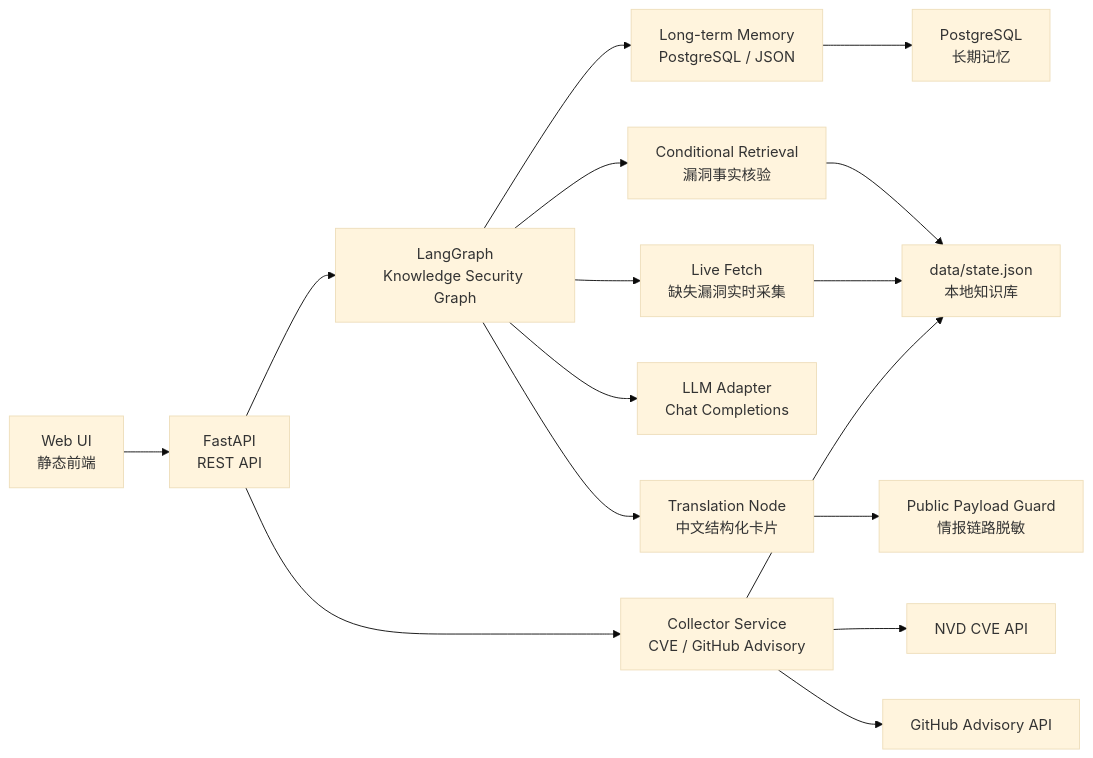
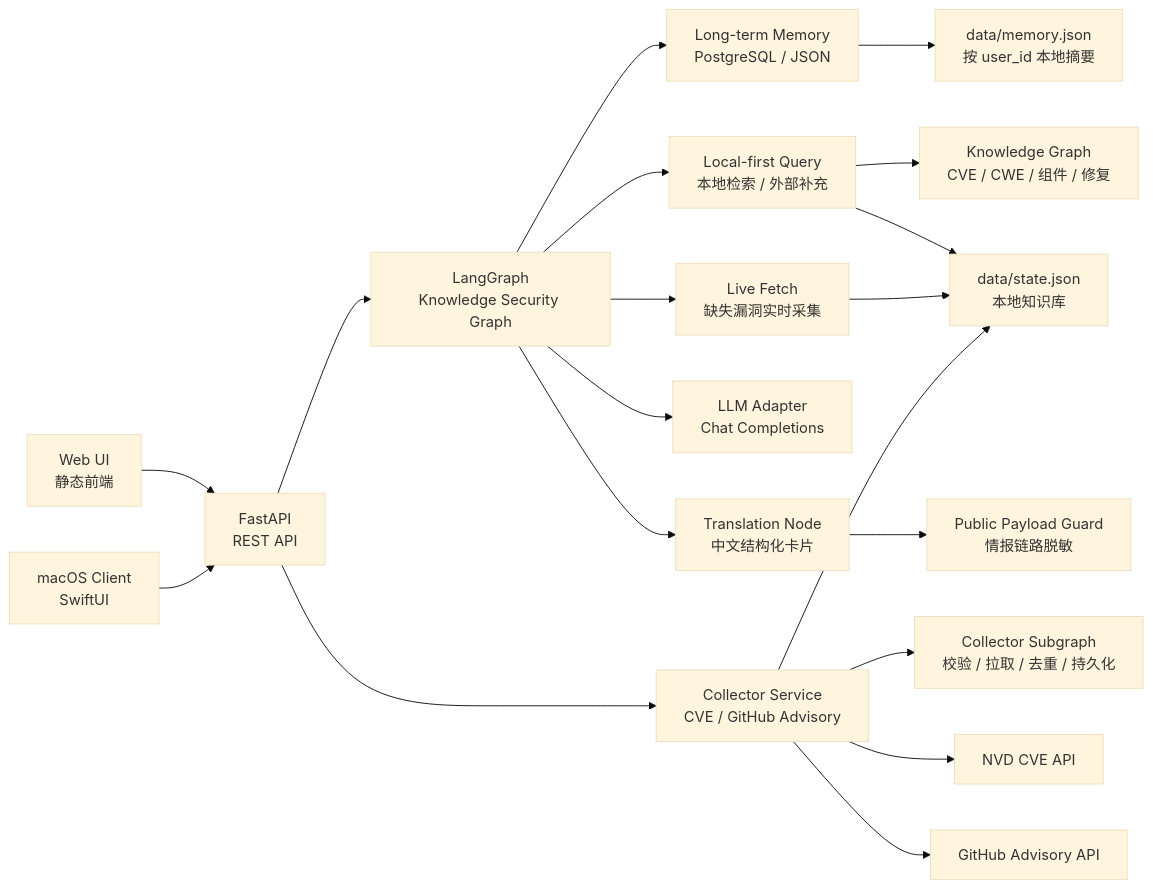
Before and after one commit to FuNianTongXue/secflow-knowledge-security-assistant: the diagram in README.md, drawn with Mermaid (base theme). The commit also changed other lines of this file and 260 other files, not shown here.

````diff
--- a/README.md
+++ b/README.md
@@ -56,18 +83,21 @@
 ```mermaid
 flowchart LR
   UI["Web UI<br/>静态前端"] --> API["FastAPI<br/>REST API"]
   API --> GRAPH["LangGraph<br/>Knowledge Security Graph"]
   API --> COLLECTOR["Collector Service<br/>CVE / GitHub Advisory"]
+  MAC["macOS Client<br/>SwiftUI"] --> API
+  COLLECTOR --> CGRAPH["Collector Subgraph<br/>校验 / 拉取 / 去重 / 持久化"]
   GRAPH --> MEMORY["Long-term Memory<br/>PostgreSQL / JSON"]
-  GRAPH --> SEARCH["Conditional Retrieval<br/>漏洞事实核验"]
+  GRAPH --> SEARCH["Local-first Query<br/>本地检索 / 外部补充"]
+  SEARCH --> KGRAPH["Knowledge Graph<br/>CVE / CWE / 组件 / 修复"]
   GRAPH --> LLM["LLM Adapter<br/>Chat Completions"]
   GRAPH --> TRANS["Translation Node<br/>中文结构化卡片"]
   TRANS --> PRIVACY["Public Payload Guard<br/>情报链路脱敏"]
   GRAPH --> LIVE["Live Fetch<br/>缺失漏洞实时采集"]
   COLLECTOR --> NVD["NVD CVE API"]
   COLLECTOR --> GHSA["GitHub Advisory API"]
   SEARCH --> STORE["data/state.json<br/>本地知识库"]
   LIVE --> STORE
   COLLECTOR --> STORE
-  MEMORY --> PG["PostgreSQL<br/>长期记忆"]
+  MEMORY --> LOCALMEM["data/memory.json<br/>按 user_id 本地摘要"]
 ```
````
